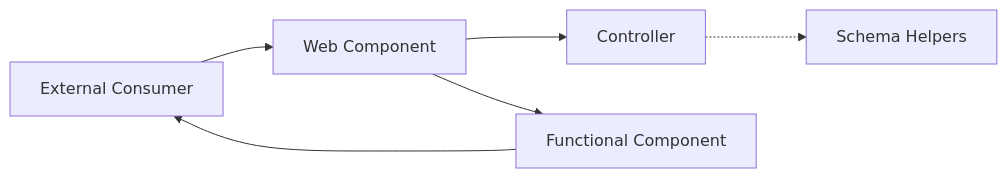
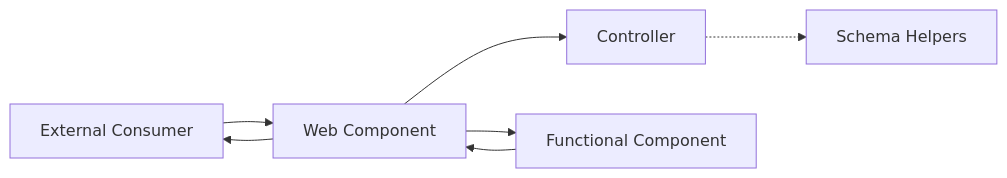
One commit to public-ui/kolibri changed the first of 3 diagrams in packages/components/src/components/_skeleton/ARC42.md. Above: the diagram before and after it, drawn with Mermaid. The commit also changed other lines of this file, not shown here.

Commit message:
docs: refine skeleton arc42 diagrams (#3248)

````diff
--- a/packages/components/src/components/_skeleton/ARC42.md
+++ b/packages/components/src/components/_skeleton/ARC42.md
@@ -37,8 +37,9 @@
 ```mermaid
 flowchart LR
     Consumer[External Consumer] --> WC[Web Component]
     WC --> Controller
+    Controller -.-> Schema[Schema Helpers]
     WC --> Renderer[Functional Component]
-    Renderer --> Consumer
-    Controller -.-> Schema[Schema Helpers]
+    Renderer --> WC
+    WC --> Consumer
 ```
````
